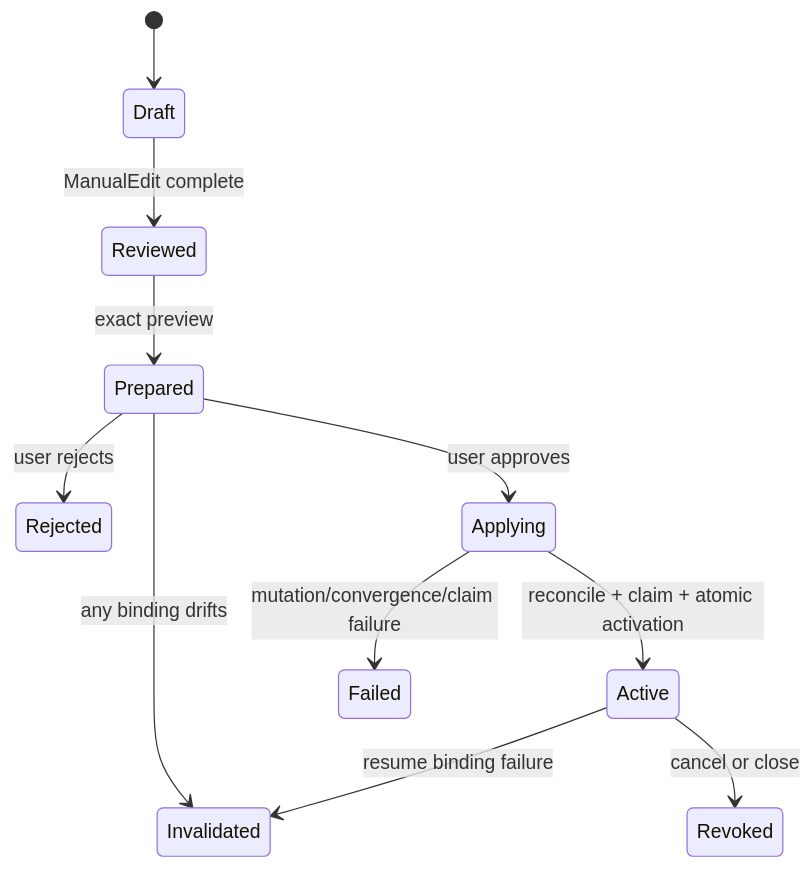
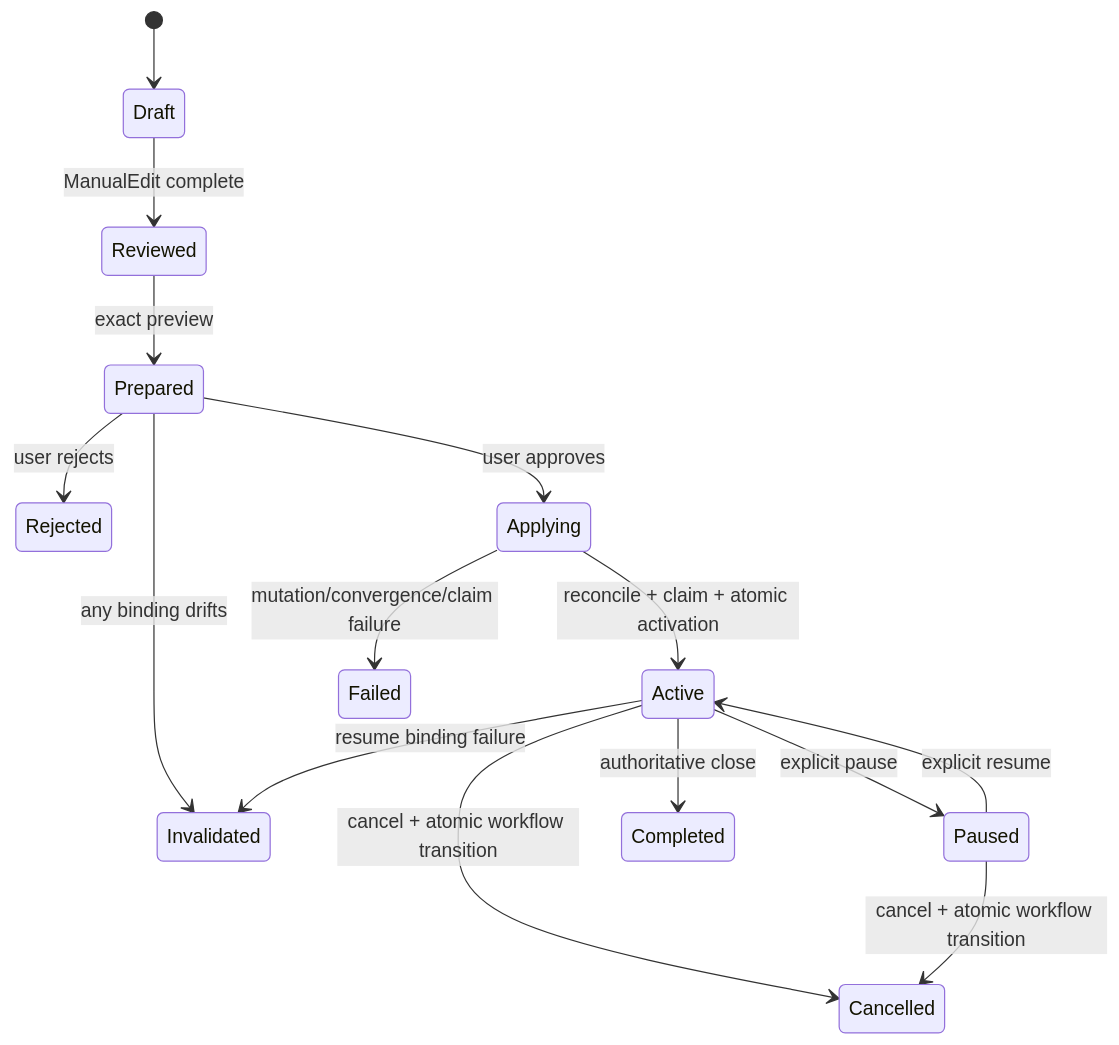
Before and after one commit to RobertDeRose/atelier: the third of 4 diagrams in docs/ARCHITECTURE.md, drawn with Mermaid. The commit also changed other lines of this file and 78 other files, not shown here.

````diff
--- a/docs/ARCHITECTURE.md
+++ b/docs/ARCHITECTURE.md
@@ -109,13 +109,17 @@
 ```mermaid
 stateDiagram-v2
     [*] --> Draft
     Draft --> Reviewed: ManualEdit complete
     Reviewed --> Prepared: exact preview
     Prepared --> Rejected: user rejects
     Prepared --> Invalidated: any binding drifts
     Prepared --> Applying: user approves
     Applying --> Active: reconcile + claim + atomic activation
     Applying --> Failed: mutation/convergence/claim failure
-    Active --> Revoked: cancel or close
+    Active --> Paused: explicit pause
+    Paused --> Active: explicit resume
+    Active --> Cancelled: cancel + atomic workflow transition
+    Paused --> Cancelled: cancel + atomic workflow transition
+    Active --> Completed: authoritative close
     Active --> Invalidated: resume binding failure
 ```
````
